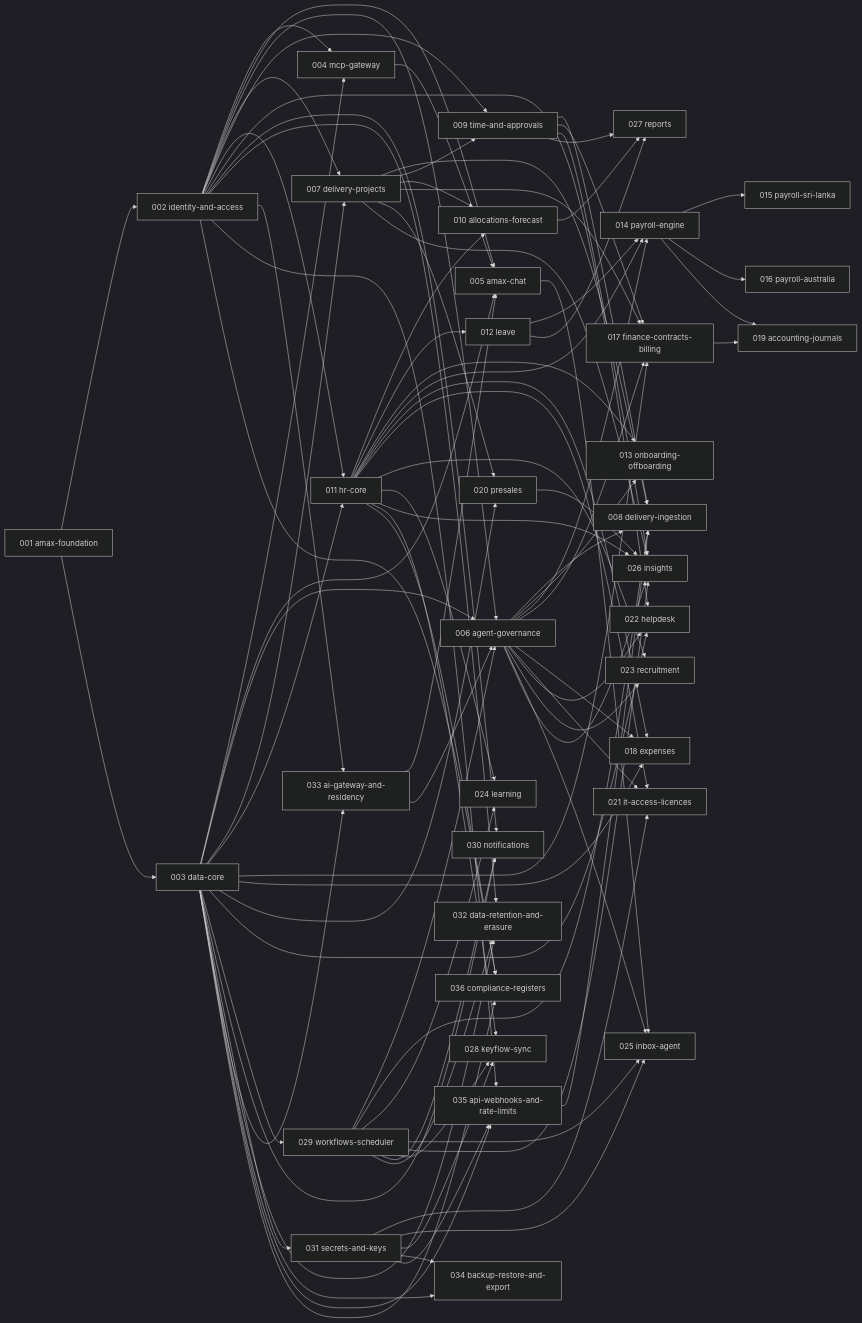
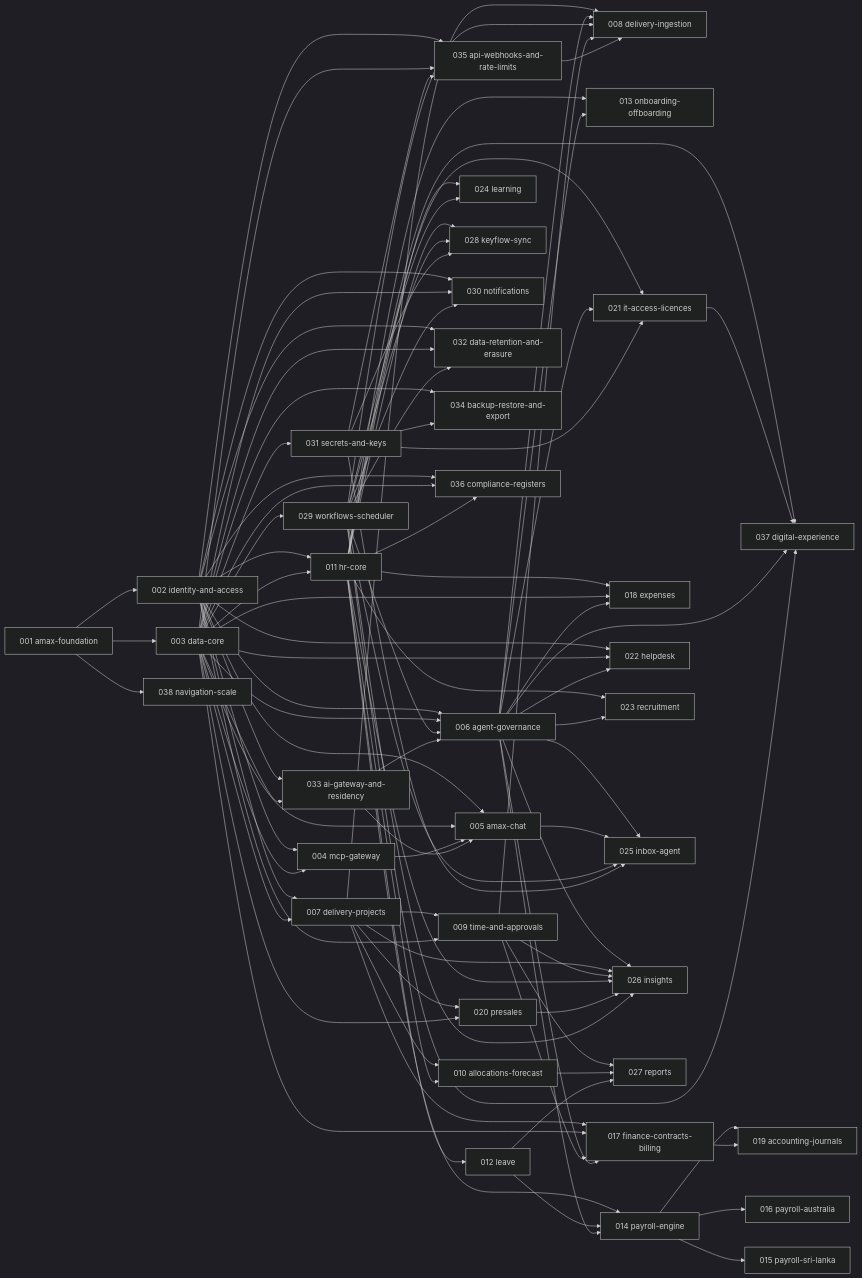
One commit to ahamedumar15/amax changed the diagram in docs/roadmap.md. Above: the diagram before and after it, drawn with Mermaid (dark theme). The commit also changed other lines of this file and 5 other files, not shown here.

First line of the commit message:
proposals: 037 digital employee experience and 038 navigation that scales

````diff
--- a/docs/roadmap.md
+++ b/docs/roadmap.md
@@ -142,8 +144,11 @@
   P034["034 backup-restore-and-export"]
   P035["035 api-webhooks-and-rate-limits"]
   P036["036 compliance-registers"]
+  P037["037 digital-experience"]
+  P038["038 navigation-scale"]
   P001 --> P002
   P001 --> P003
+  P001 --> P038
   P002 --> P004
   P003 --> P004
   P002 --> P005
@@ -230,4 +235,8 @@
   P002 --> P036
   P003 --> P036
   P011 --> P036
+  P011 --> P037
+  P021 --> P037
+  P006 --> P037
+  P029 --> P037
 ```
````
